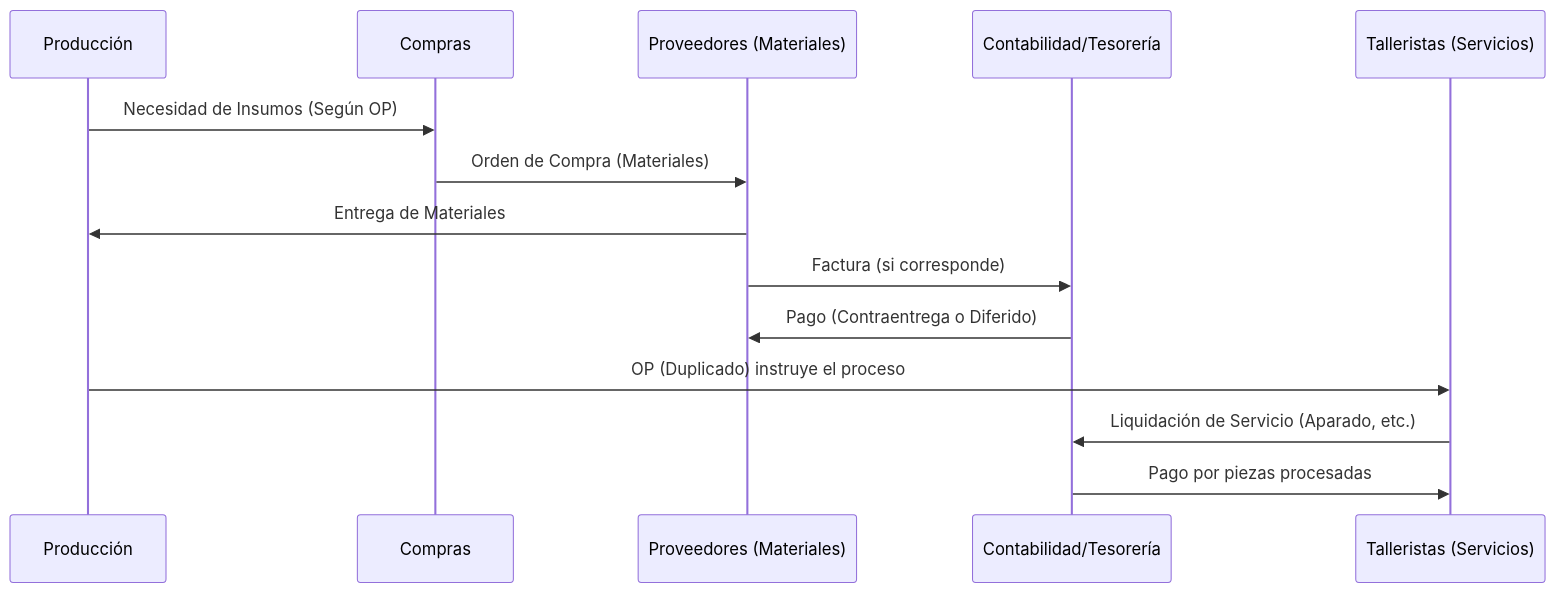
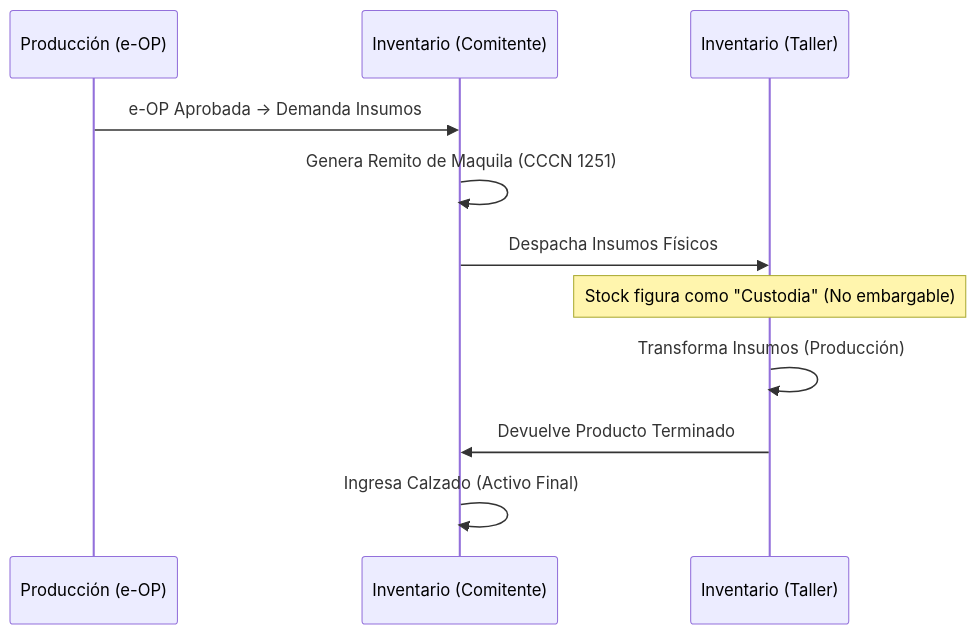
The third of 3 diagrams in docs/flujos_documentales_indino.md (sarthouse/indinopy), drawn with Mermaid before and after one commit. The commit also changed other lines of this file and 20 other files, not shown here.

````diff
--- a/docs/flujos_documentales_indino.md
+++ b/docs/flujos_documentales_indino.md
@@ -100,18 +93,14 @@
 ```mermaid
 sequenceDiagram
-    participant Prod as Producción
-    participant C as Compras
-    participant P as Proveedores (Materiales)
-    participant Adm as Contabilidad/Tesorería
-    participant T as Talleristas (Servicios)
+    participant P as Producción (e-OP)
+    participant C as Inventario (Comitente)
+    participant T as Inventario (Taller)
 
-    Prod->>C: Necesidad de Insumos (Según OP)
-    C->>P: Orden de Compra (Materiales)
-    P->>Prod: Entrega de Materiales
-    P->>Adm: Factura (si corresponde)
-    Adm->>P: Pago (Contraentrega o Diferido)
-
-    Prod->>T: OP (Duplicado) instruye el proceso
-    T->>Adm: Liquidación de Servicio (Aparado, etc.)
-    Adm->>T: Pago por piezas procesadas
+    P->>C: e-OP Aprobada -> Demanda Insumos
+    C->>C: Genera Remito de Maquila (CCCN 1251)
+    C->>T: Despacha Insumos Físicos
+    Note over T: Stock figura como "Custodia" (No embargable)
+    T->>T: Transforma Insumos (Producción)
+    T->>C: Devuelve Producto Terminado
+    C->>C: Ingresa Calzado (Activo Final)
 ```
````
